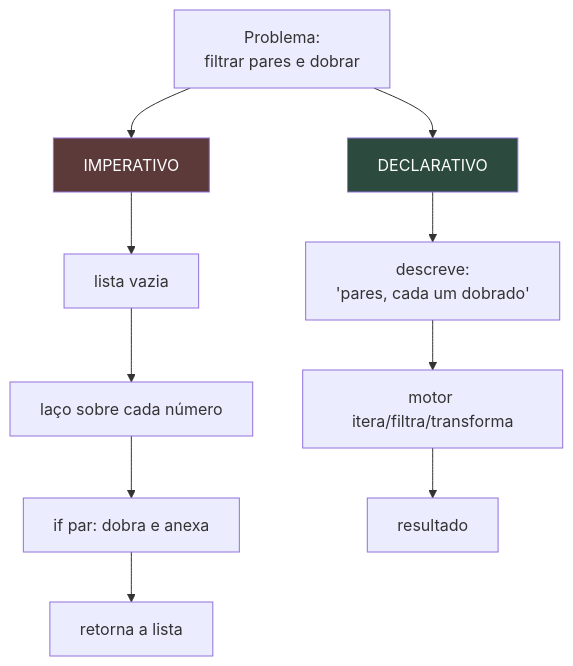
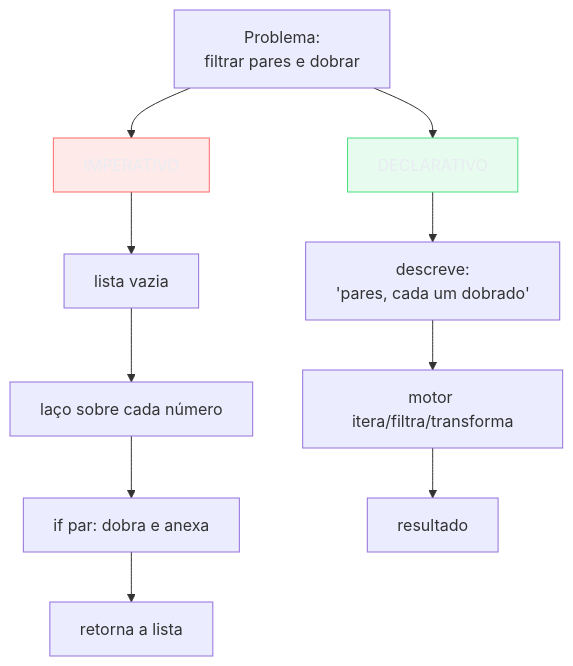
The third of 4 diagrams in 03-Dominios/Ciência/Paradigmas/04 - O paradigma declarativo.md (josenaldo/codex-technomanticus), drawn with Mermaid before and after one commit. The commit also changed other lines of this file and 1181 other files, not shown here.

First line of the commit message:
fix(diagramas): paleta do sistema no lugar de cor cravada no markdown

````diff
--- a/03-Dominios/Ciência/Paradigmas/04 - O paradigma declarativo.md
+++ b/03-Dominios/Ciência/Paradigmas/04 - O paradigma declarativo.md
@@ -167,15 +172,17 @@
 ```mermaid
 flowchart TD
+    classDef falha fill:#FF6B6B24,stroke:#FF6B6B,color:#E9ECF2
+    classDef ok fill:#4ADE8021,stroke:#4ADE80,color:#E9ECF2
     P["Problema:<br/>filtrar pares e dobrar"]
     P --> I["IMPERATIVO"]
     P --> D["DECLARATIVO"]
     I --> I1["lista vazia"]
     I1 --> I2["laço sobre cada número"]
     I2 --> I3["if par: dobra e anexa"]
     I3 --> I4["retorna a lista"]
     D --> D1["descreve:<br/>'pares, cada um dobrado'"]
     D1 --> D2["motor itera/filtra/transforma"]
     D2 --> D3["resultado"]
-    style I fill:#5c3a3a,color:#fff
-    style D fill:#2d4a3e,color:#fff
+    class I falha
+    class D ok
 ```
````
